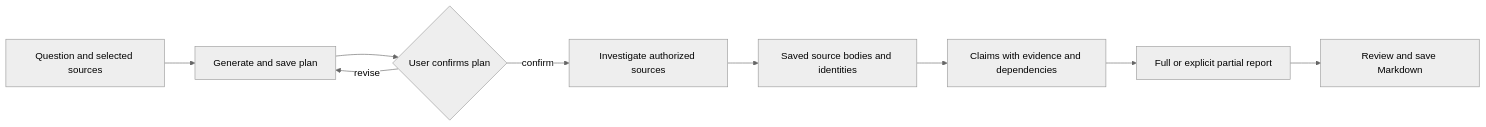
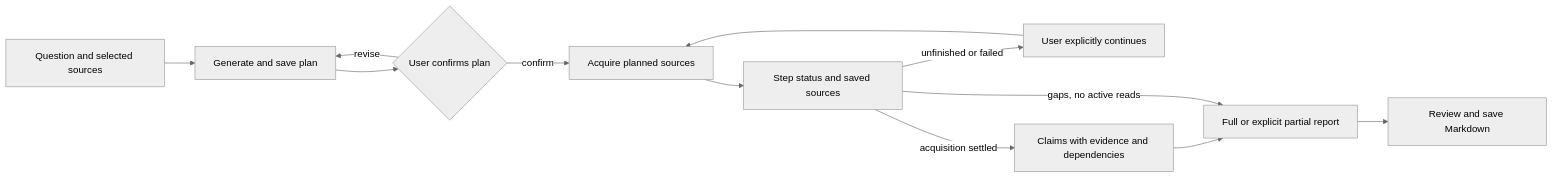
Before and after one commit to ChaoDiDiaoAA/Flowmate: the first of 2 diagrams in docs/public/workflows.md, drawn with Mermaid (neutral theme). The commit also changed other lines of this file and 24 other files, not shown here.

````diff
--- a/docs/public/workflows.md
+++ b/docs/public/workflows.md
@@ -21,11 +21,14 @@
 ```mermaid
 flowchart LR
   Input[Question and selected sources] --> Plan[Generate and save plan]
   Plan --> Confirm{User confirms plan}
   Confirm -->|revise| Plan
-  Confirm -->|confirm| Read[Investigate authorized sources]
-  Read --> Evidence[Saved source bodies and identities]
-  Evidence --> Claims[Claims with evidence and dependencies]
+  Confirm -->|confirm| Read[Acquire planned sources]
+  Read --> Evidence[Step status and saved sources]
+  Evidence -->|unfinished or failed| Continue[User explicitly continues]
+  Continue --> Read
+  Evidence -->|acquisition settled| Claims[Claims with evidence and dependencies]
   Claims --> Report[Full or explicit partial report]
+  Evidence -->|gaps, no active reads| Report
   Report --> Review[Review and save Markdown]
 ```
````
